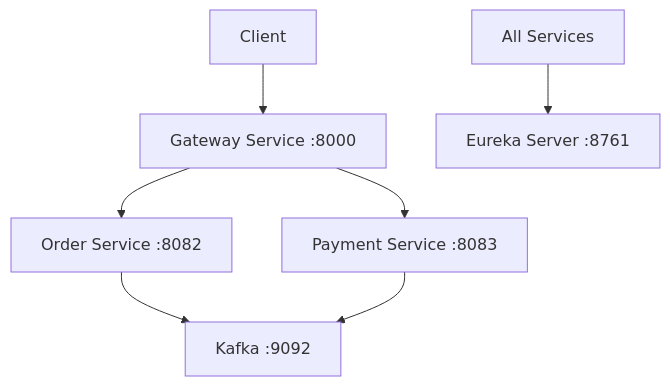
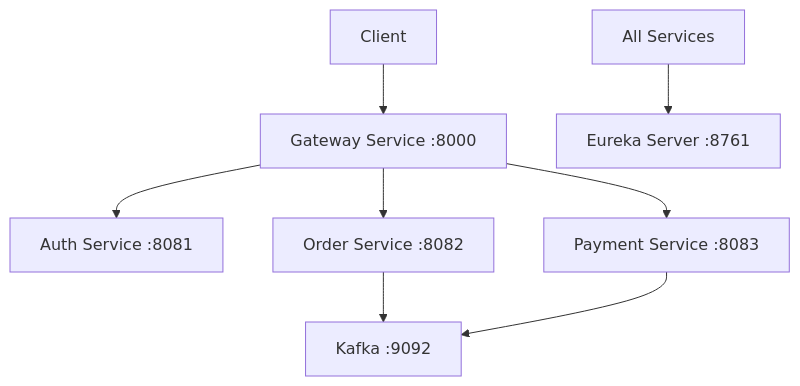
One commit to yongchulShin/order-payment-ms changed the diagram in README.md. Above: the diagram before and after it, drawn with Mermaid. The commit also changed other lines of this file, not shown here.

````diff
--- a/README.md
+++ b/README.md
@@ -131,9 +147,10 @@
 ```mermaid
 graph TD
     Client[Client] --> Gateway[Gateway Service :8000]
+    Gateway --> Auth[Auth Service :8081]
     Gateway --> Order[Order Service :8082]
     Gateway --> Payment[Payment Service :8083]
     Order --> Kafka[Kafka :9092]
     Payment --> Kafka
     All[All Services] --> Eureka[Eureka Server :8761]
 ```
````
